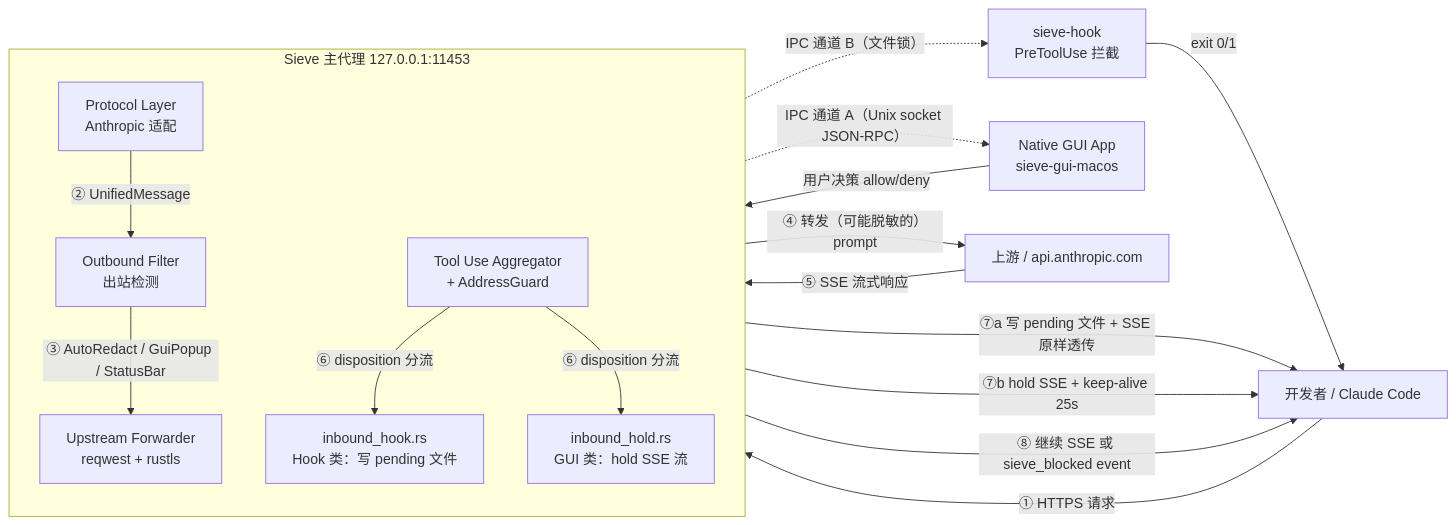
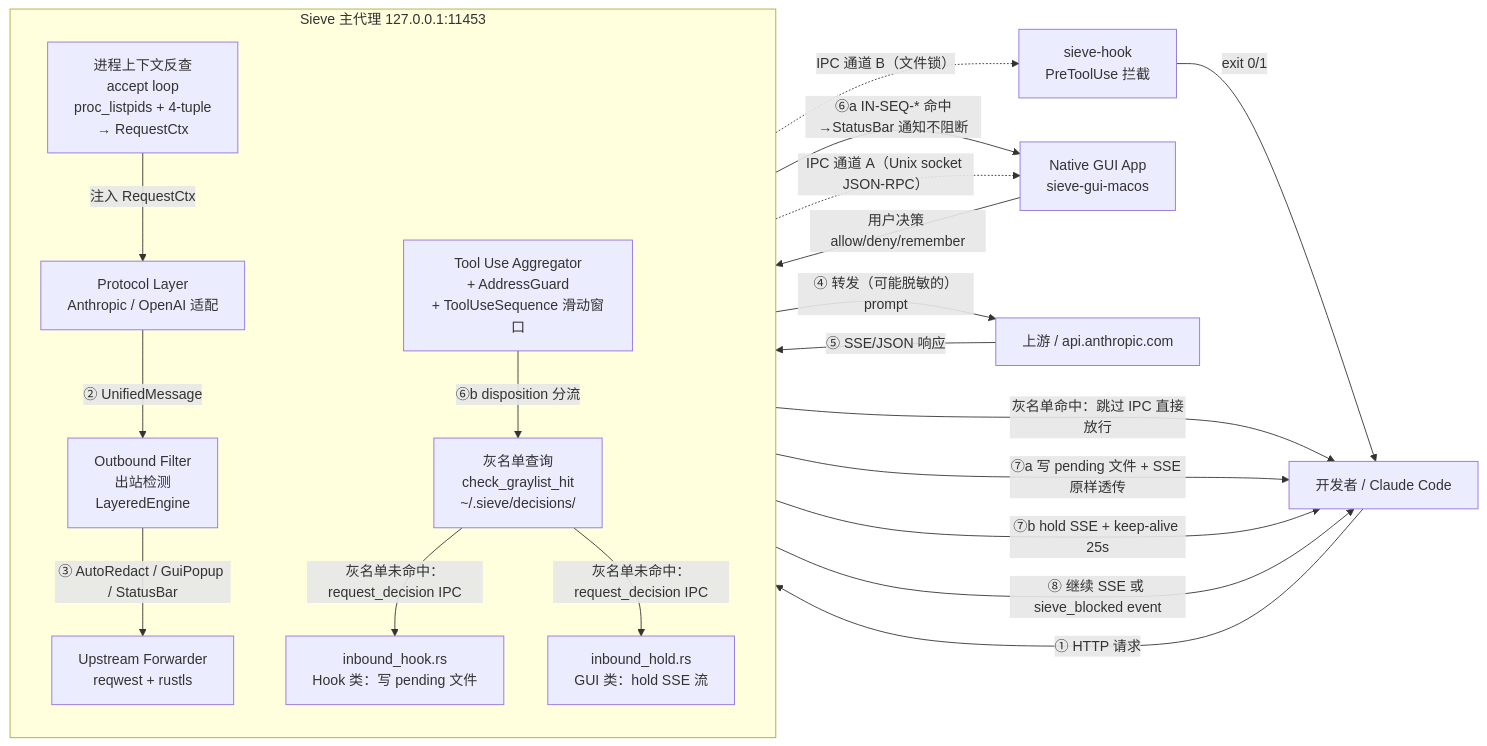
Before and after one commit to SieveAI-dev/sieve: the diagram in docs/design/architecture.md, drawn with Mermaid. The commit also changed other lines of this file and 6 other files, not shown here.

````diff
--- a/docs/design/architecture.md
+++ b/docs/design/architecture.md
@@ -131,33 +131,39 @@
 ```mermaid
 flowchart LR
     Dev[开发者 / Claude Code]
     Hook[sieve-hook<br/>PreToolUse 拦截]
     GUI[Native GUI App<br/>sieve-gui-macos]
 
     subgraph Sieve [Sieve 主代理 127.0.0.1:11453]
         direction TB
-        Proto[Protocol Layer<br/>Anthropic 适配]
-        Out[Outbound Filter<br/>出站检测]
+        ProcCtx[进程上下文反查<br/>accept loop<br/>proc_listpids + 4-tuple<br/>→ RequestCtx]
+        Proto[Protocol Layer<br/>Anthropic / OpenAI 适配]
+        Out[Outbound Filter<br/>出站检测<br/>LayeredEngine]
         Fwd[Upstream Forwarder<br/>reqwest + rustls]
         InHook[inbound_hook.rs<br/>Hook 类：写 pending 文件]
         InHold[inbound_hold.rs<br/>GUI 类：hold SSE 流]
-        Agg[Tool Use Aggregator<br/>+ AddressGuard]
+        Agg[Tool Use Aggregator<br/>+ AddressGuard<br/>+ ToolUseSequence 滑动窗口]
+        GL[灰名单查询<br/>check_graylist_hit<br/>~/.sieve/decisions/]
     end
 
     Up[上游 / api.anthropic.com]
 
-    Dev -->|① HTTPS 请求| Proto
+    Dev -->|① HTTP 请求| ProcCtx
+    ProcCtx -->|注入 RequestCtx| Proto
     Proto -->|② UnifiedMessage| Out
     Out -->|③ AutoRedact / GuiPopup / StatusBar| Fwd
     Fwd -->|④ 转发（可能脱敏的）prompt| Up
-    Up -->|⑤ SSE 流式响应| Agg
-    Agg -->|⑥ disposition 分流| InHook
-    Agg -->|⑥ disposition 分流| InHold
+    Up -->|⑤ SSE/JSON 响应| Agg
+    Agg -->|⑥a IN-SEQ-* 命中→StatusBar 通知不阻断| GUI
+    Agg -->|⑥b disposition 分流| GL
+    GL -->|灰名单命中：跳过 IPC 直接放行| Dev
+    GL -->|灰名单未命中：request_decision IPC| InHook
+    GL -->|灰名单未命中：request_decision IPC| InHold
     InHook -->|⑦a 写 pending 文件 + SSE 原样透传| Dev
     InHook -.->|IPC 通道 B（文件锁）| Hook
     Hook -->|exit 0/1| Dev
     InHold -->|⑦b hold SSE + keep-alive 25s| Dev
     InHold -.->|IPC 通道 A（Unix socket JSON-RPC）| GUI
-    GUI -->|用户决策 allow/deny| InHold
+    GUI -->|用户决策 allow/deny/remember| InHold
     InHold -->|⑧ 继续 SSE 或 sieve_blocked event| Dev
 ```
````
